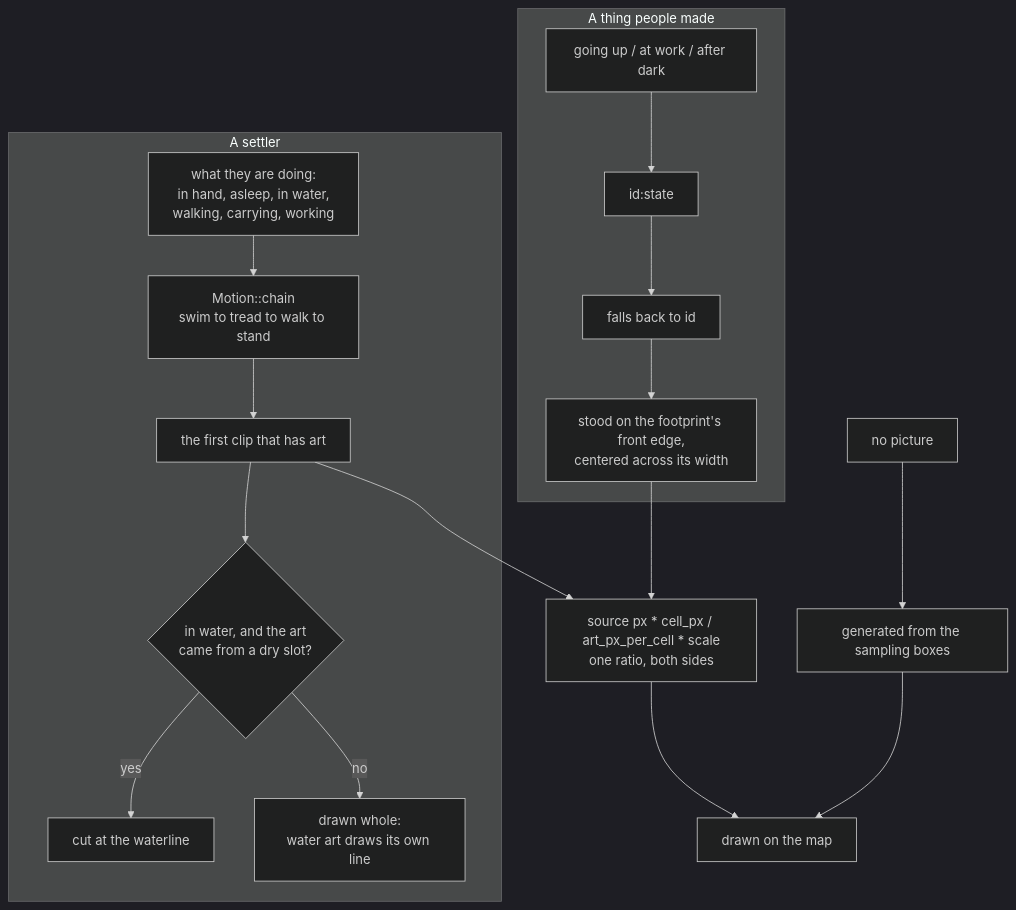
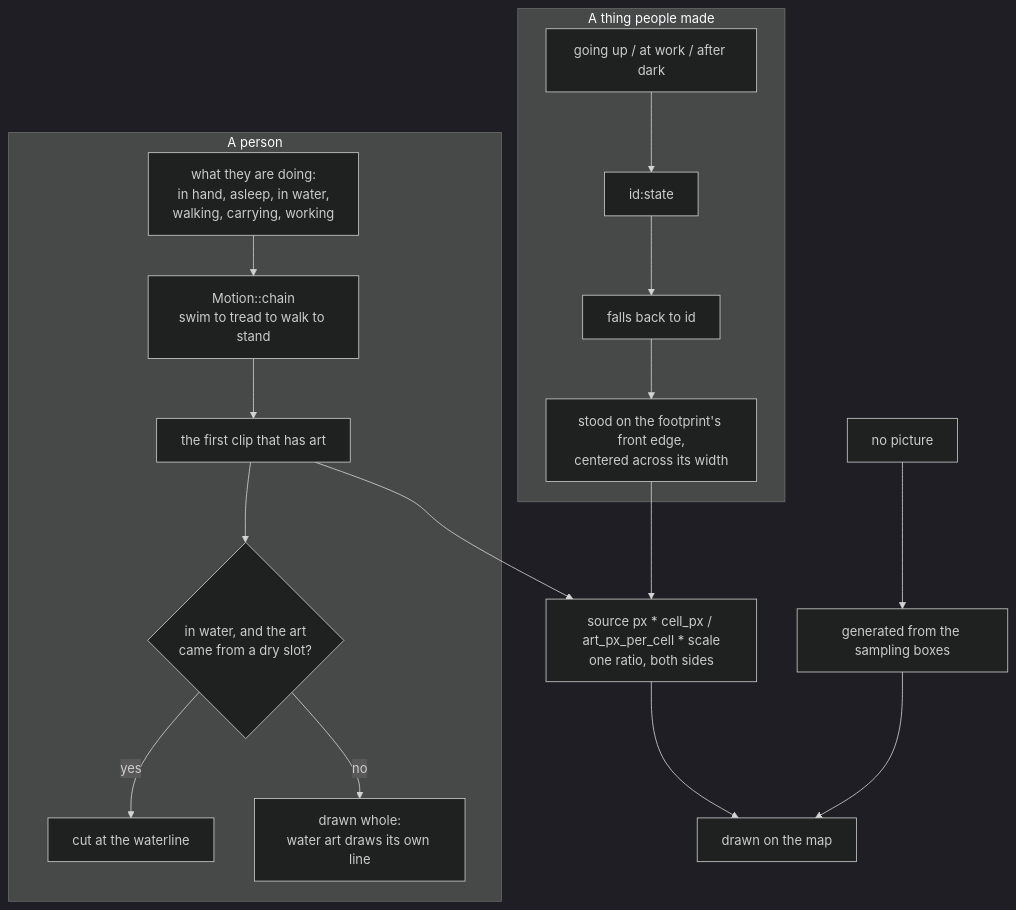
One commit to tmpk13/grow changed diagram 38 of 47 in ARCHITECTURE.md. Above: the diagram before and after it, drawn with Mermaid (dark theme). The commit also changed other lines of this file and 58 other files, not shown here.

First line of the commit message:
They are people, not settlers

````diff
--- a/ARCHITECTURE.md
+++ b/ARCHITECTURE.md
@@ -1545,20 +1545,20 @@
 ```mermaid
 flowchart TD
-  subgraph settlers [A settler]
+  subgraph people [A person]
     motion["what they are doing:<br/>in hand, asleep, in water,<br/>walking, carrying, working"] --> chain["Motion::chain<br/>swim to tread to walk to stand"]
     chain --> clip["the first clip that has art"]
     clip --> wet{"in water, and the art<br/>came from a dry slot?"}
     wet -->|yes| cutoff["cut at the waterline"]
     wet -->|no| whole["drawn whole:<br/>water art draws its own line"]
   end
   subgraph made [A thing people made]
     state["going up / at work / after dark"] --> key["id:state"]
     key --> fall["falls back to id"]
     fall --> stand["stood on the footprint's front edge,<br/>centered across its width"]
   end
   clip --> size["source px * cell_px / art_px_per_cell * scale<br/>one ratio, both sides"]
   stand --> size
   size --> draw["drawn on the map"]
   none["no picture"] --> gen["generated from the sampling boxes"]
   gen --> draw
 ```
````
